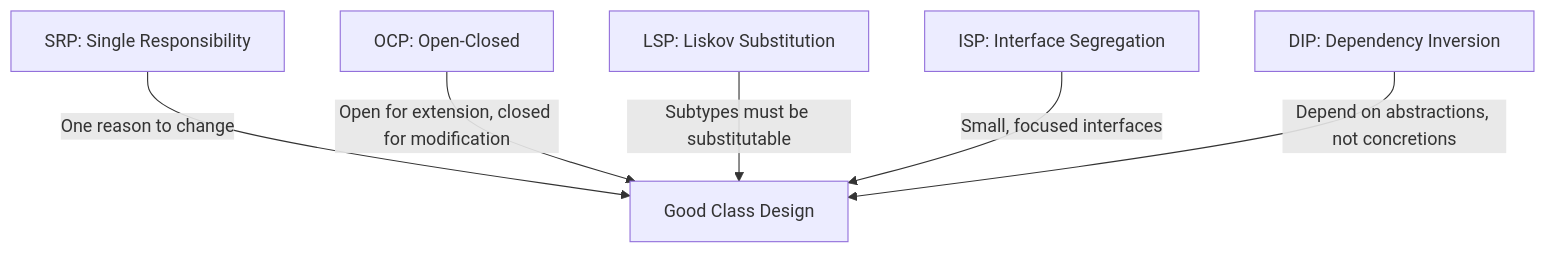
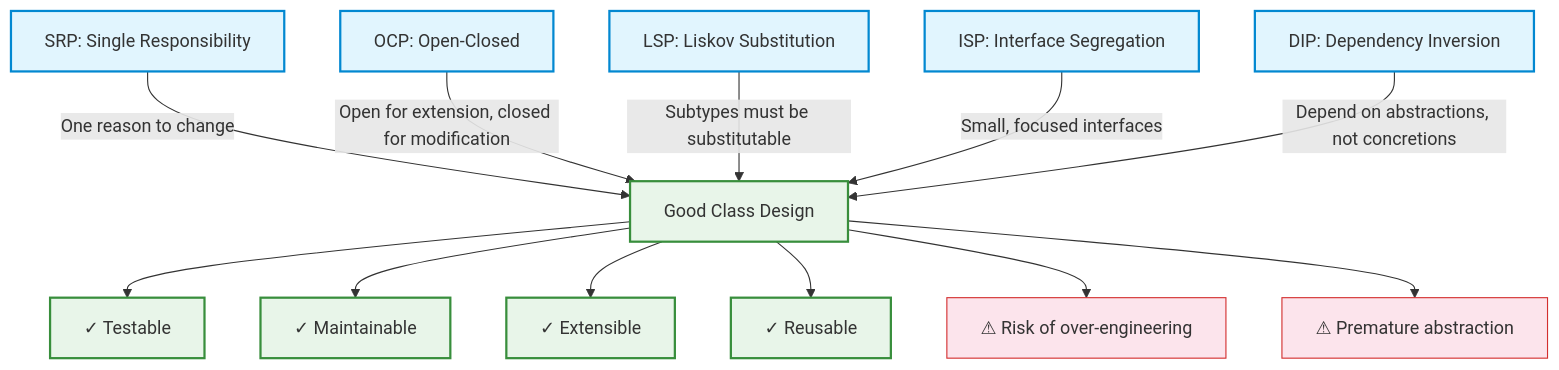
One commit to Raushan666java/ai-engineering-journey changed the first of 3 diagrams in docs/courses/software-engineering/05-design-implementation.md. Above: the diagram before and after it, drawn with Mermaid. The commit also changed other lines of this file and 15 other files, not shown here.

Commit message:
deploy: software-engineering overhaul - 16 chapters expanded to avg 1284L (+7649L), richer Mermaid, more TS, deeper content

````diff
--- a/docs/courses/software-engineering/05-design-implementation.md
+++ b/docs/courses/software-engineering/05-design-implementation.md
@@ -24,8 +28,20 @@
 ```mermaid
 graph TD
-    S[SRP: Single Responsibility] -->|One reason to change| CLASS[Good Class Design]
-    O[OCP: Open-Closed] -->|Open for extension, closed for modification| CLASS
-    L[LSP: Liskov Substitution] -->|Subtypes must be substitutable| CLASS
-    I[ISP: Interface Segregation] -->|Small, focused interfaces| CLASS
-    D[DIP: Dependency Inversion] -->|Depend on abstractions, not concretions| CLASS
+    classDef principle fill:#e1f5fe,stroke:#0288d1,stroke-width:2px
+    classDef benefit fill:#e8f5e9,stroke:#388e3c,stroke-width:2px
+    classDef risk fill:#fce4ec,stroke:#d32f2f,stroke-width:1px
+
+    S[SRP: Single Responsibility]:::principle -->|One reason to change| CLASS[Good Class Design]:::benefit
+    O[OCP: Open-Closed]:::principle -->|Open for extension, closed for modification| CLASS
+    L[LSP: Liskov Substitution]:::principle -->|Subtypes must be substitutable| CLASS
+    I[ISP: Interface Segregation]:::principle -->|Small, focused interfaces| CLASS
+    D[DIP: Dependency Inversion]:::principle -->|Depend on abstractions, not concretions| CLASS
+
+    CLASS --> TEST[✓ Testable]:::benefit
+    CLASS --> MAINTAIN[✓ Maintainable]:::benefit
+    CLASS --> EXTEND[✓ Extensible]:::benefit
+    CLASS --> REUSE[✓ Reusable]:::benefit
+
+    CLASS --> OVERENG[⚠ Risk of over-engineering]:::risk
+    CLASS --> PREMATURE[⚠ Premature abstraction]:::risk
 ```
````
